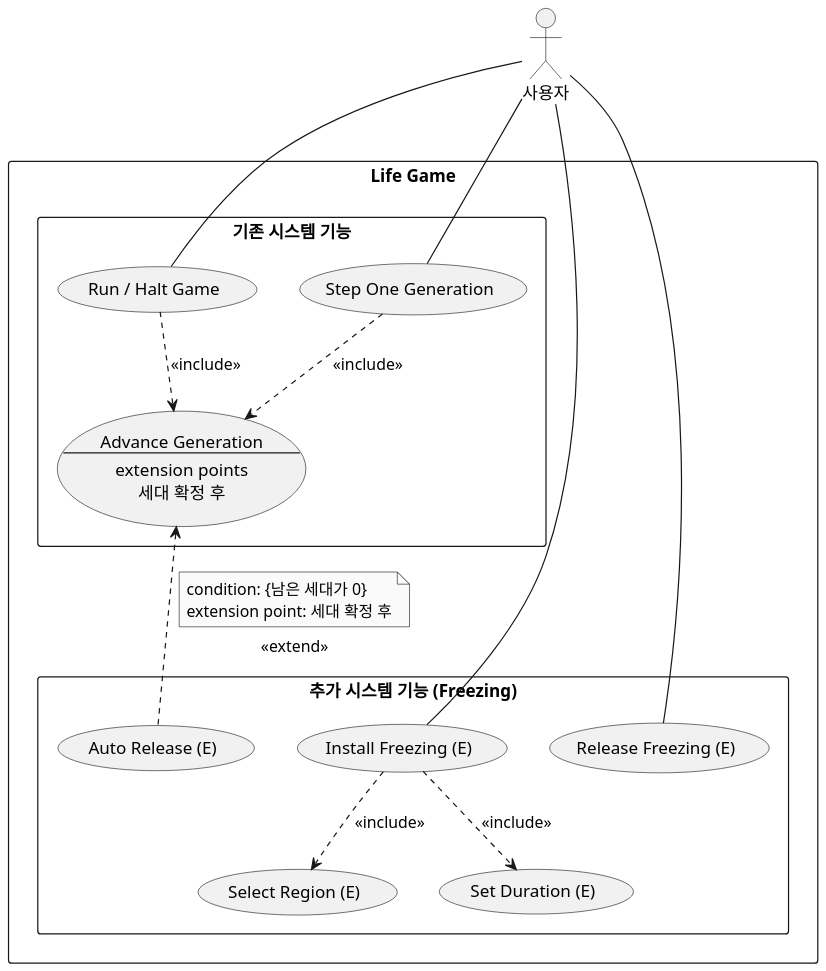
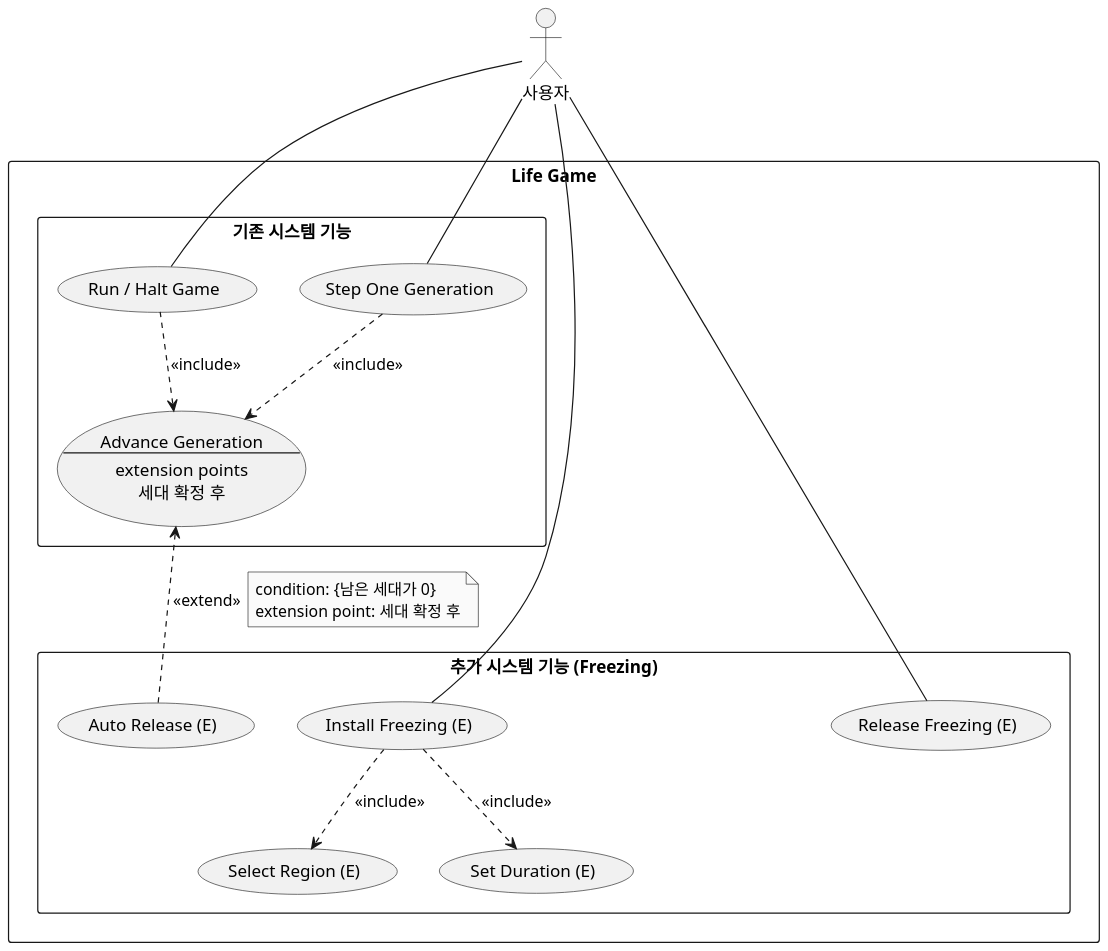
The diagram in docs/freezing/diagram/usecase-freezing.puml (mckimR1972/DP_team_project), drawn with PlantUML before and after one commit. The commit also changed 1 other file, not shown here.

Commit message:
docs: 유스케이스 그림의 선 겹침과 extend 표시를 고침
- 보이지 않는 빈칸으로 추가 시스템 기능 상자 가운데를 비워, 사용자에서
  오는 선이 상자 제목과 겹치지 않게 했다.
- extend 화살표를 Auto Release (E)에서 위로 그려 «extend» 글자가 선 바로
  옆에 오게 하고, 조건 노트를 선의 오른쪽에 두었다.
- 점선이 간격에서 끝나 원과 떨어져 보이던 것을, 빈칸 폭을 정해 선이 점에서
  끝나도록 맞췄다.

```diff
--- a/docs/freezing/diagram/usecase-freezing.puml
+++ b/docs/freezing/diagram/usecase-freezing.puml
@@ -1,44 +1,48 @@
 @startuml usecase-freezing
 skinparam monochrome true
 skinparam dpi 150
 skinparam shadowing false
 skinparam defaultFontName "Malgun Gothic"
 skinparam usecaseBackgroundColor #F1F1F1
 top to bottom direction
 
 actor "사용자" as User
 
 rectangle "Life Game" {
   rectangle "기존 시스템 기능" as Original {
     usecase "Run / Halt Game" as Run
     usecase "Step One Generation" as Step
     usecase Advance as "Advance Generation
 --
 extension points
 세대 확정 후"
   }
 
   rectangle "추가 시스템 기능 (Freezing)" as Extended {
+    usecase "Auto Release (E)" as Auto
+    ' 보이지 않는 빈칸: 가운데를 비워 사용자에서 오는 선이 제목과 겹치지 않게 한다.
+    ' 폭을 바꾸면 extend 점선의 끝이 점선 간격에 걸려 원에서 떨어져 보일 수 있다.
+    usecase "                                         " as Gap #transparent;line:transparent
     usecase "Install Freezing (E)" as Install
+    usecase "Release Freezing (E)" as Release
     usecase "Select Region (E)" as Region
     usecase "Set Duration (E)" as Duration
-    usecase "Release Freezing (E)" as Release
-    usecase "Auto Release (E)" as Auto
   }
 }
 
 User -- Install
 User -- Release
 User -- Run
 User -- Step
 
 Install ..> Region : <<include>>
 Install ..> Duration : <<include>>
 Run ..> Advance : <<include>>
 Step ..> Advance : <<include>>
-Advance <.. Auto : <<extend>>
-note top on link
+' 화살표를 Auto에서 위로 그려야 <<extend>> 글자가 선 바로 옆에 붙는다
+Auto .up.> Advance : <<extend>>
+note right on link
   condition: {남은 세대가 0}
   extension point: 세대 확정 후
 end note
 @enduml
```
